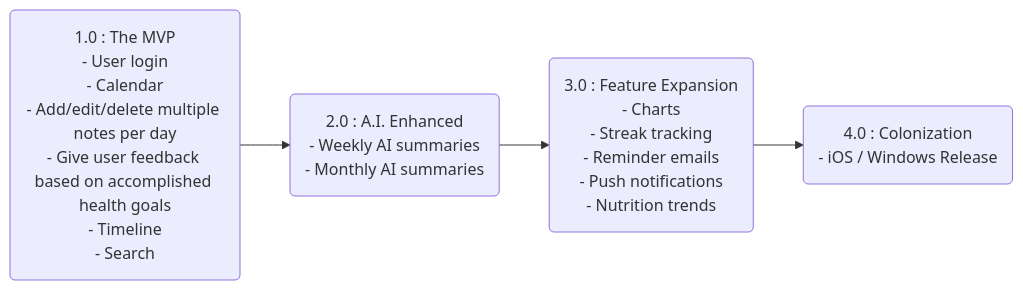
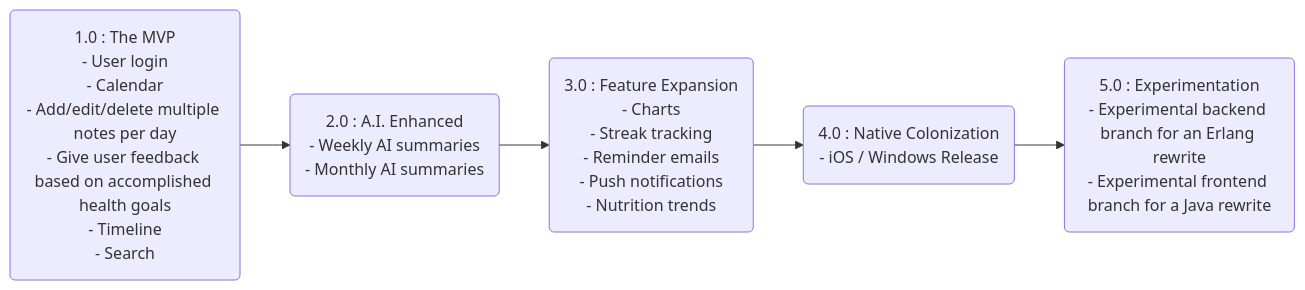
Before and after one commit to LowComDenom/wellness-calendar: the second of 4 diagrams in README.md, drawn with Mermaid.

Commit message:
update roadmap

````diff
--- a/README.md
+++ b/README.md
@@ -21,22 +21,25 @@
 ```mermaid
 flowchart LR
 1(1.0 : The MVP
 - User login
 - Calendar
 - Add/edit/delete multiple notes per day
 - Give user feedback based on accomplished health goals
 - Timeline
 - Search)
 2(2.0 : A.I. Enhanced
 - Weekly AI summaries
 - Monthly AI summaries)
 3(3.0 : Feature Expansion
 - Charts
 - Streak tracking
 - Reminder emails
 - Push notifications
 - Nutrition trends)
-4(4.0 : Colonization
+4(4.0 : Native Colonization
 - iOS / Windows Release)
-1 --> 2 --> 3 --> 4
+5(5.0 : Experimentation
+- Experimental backend branch for an Erlang rewrite
+- Experimental frontend branch for a Java rewrite)
+1 --> 2 --> 3 --> 4 --> 5
 ```
````
